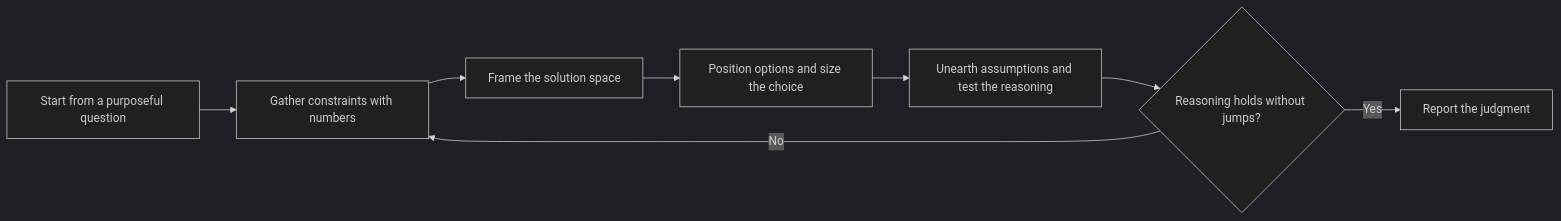
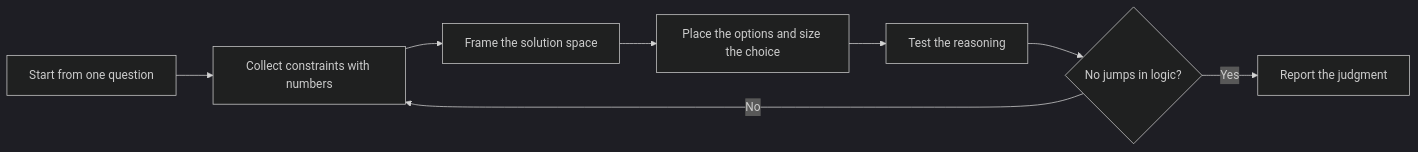
One commit to fam-tung-lam/ptlam-agent-plugin changed the diagram in plugin/skills/ptlam-architecturing/SKILL.md. Above: the diagram before and after it, drawn with Mermaid (dark theme). The commit also changed other lines of this file and 1734 other files, not shown here.

````diff
--- a/plugin/skills/ptlam-architecturing/SKILL.md
+++ b/plugin/skills/ptlam-architecturing/SKILL.md
@@ -25,10 +22,10 @@
 ```mermaid
 flowchart LR
-    StartQuestion["Start from a purposeful question"] --> GatherConstraints["Gather constraints with numbers"]
+    StartQuestion["Start from one question"] --> GatherConstraints["Collect constraints with numbers"]
     GatherConstraints --> FrameSpace["Frame the solution space"]
-    FrameSpace --> PositionOptions["Position options and size the choice"]
-    PositionOptions --> TestReasoning["Unearth assumptions and test the reasoning"]
-    TestReasoning --> ReasoningHolds{"Reasoning holds without jumps?"}
+    FrameSpace --> PositionOptions["Place the options and size the choice"]
+    PositionOptions --> TestReasoning["Test the reasoning"]
+    TestReasoning --> ReasoningHolds{"No jumps in logic?"}
     ReasoningHolds -->|"No"| GatherConstraints
     ReasoningHolds -->|"Yes"| ReportJudgment["Report the judgment"]
 ```
````
